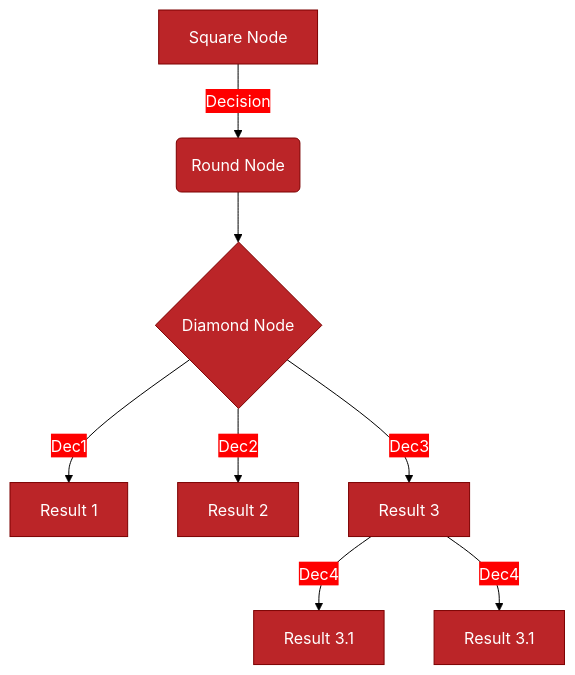
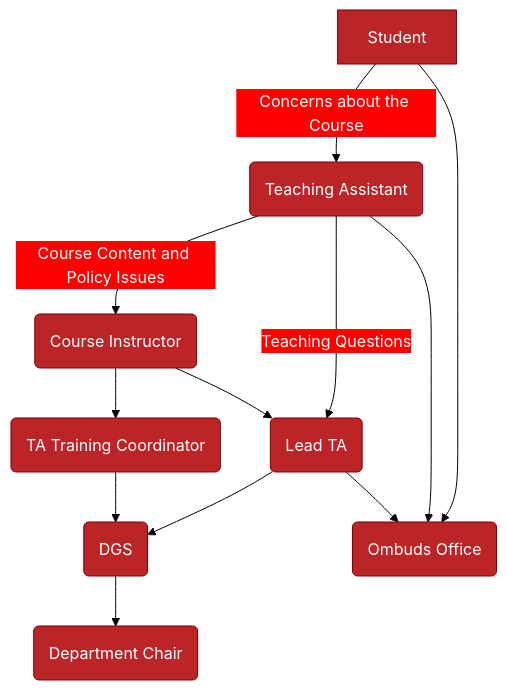
One commit to pstat-ta-handbook/pstat_ta_handbook.github.io changed the diagram in Part_5_Issues/TA_Instructor_Conflicts.qmd. Above: the diagram before and after it, drawn with Mermaid.

Commit message:
Flowchart
Playing with the mermaid flowchart tool, and added some glossary links

````diff
--- a/Part_5_Issues/TA_Instructor_Conflicts.qmd
+++ b/Part_5_Issues/TA_Instructor_Conflicts.qmd
@@ -11,27 +11,27 @@
-```{mermaid}
+```{mermaid concerns, fig.cap="Caption"}
 %%{
   init: {
     'theme': 'base',
     'themeVariables': {
       'primaryColor': '#BB2528',
       'primaryTextColor': '#fff',
       'primaryBorderColor': '#7C0000',
       'secondaryColor': 'red',
       'tertiaryColor': '#fff',
       'edgeLabelBackground': 'red'
     }
   }
 }%%
 
 flowchart TD
     linkStyle default stroke: black;
     
-    A[Square Node] -->|Decision| B(Round Node)
-    B --> C{Diamond Node}
-    C -->|Dec1| D[Result 1]
-    C -->|Dec2| E[Result 2]
-    C -->|Dec3| F[Result 3]
-
-    F --> |Dec4| G[Result 3.1]
-    F --> |Dec4| H[Result 3.1]
+    AA[Student] -->|Concerns about the Course|A(Teaching Assistant)
+    A -->|Course Content and Policy Issues|B(Course Instructor)
+    B --> C(TA Training Coordinator)
+    B --> D(Lead TA)
+    A -->|Teaching Questions|D
+    C & D --> E(DGS) 
+    E --> F(Department Chair)
+    AA & A & D --> G(Ombuds Office)
 ```
````
